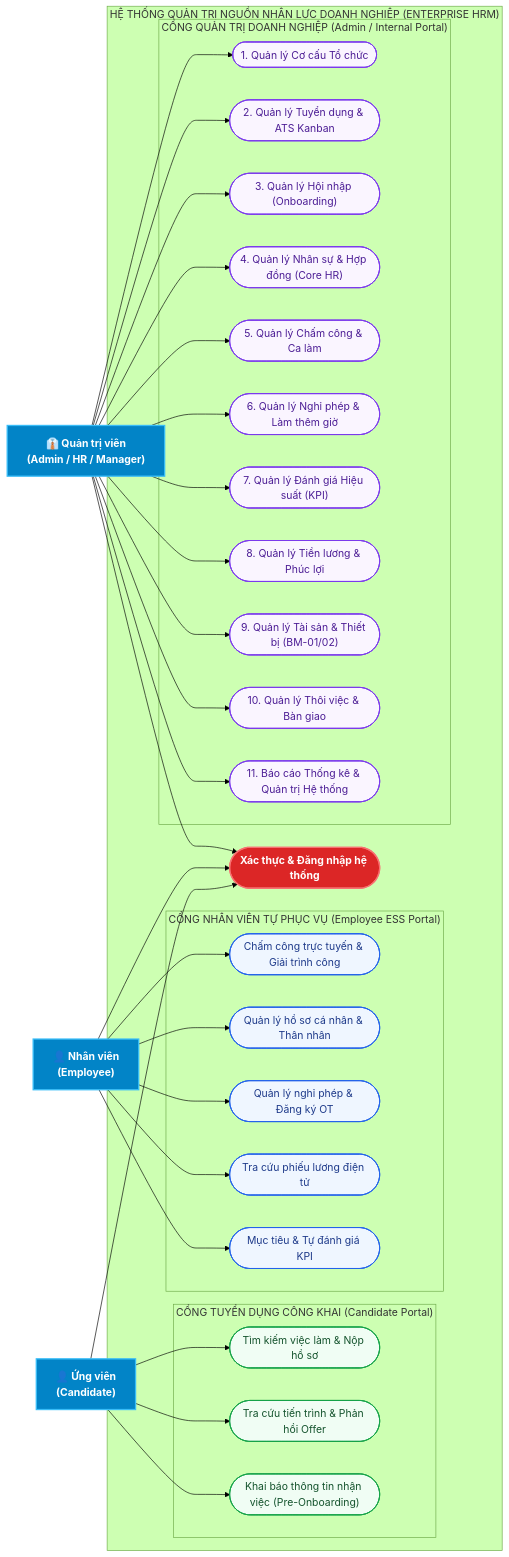
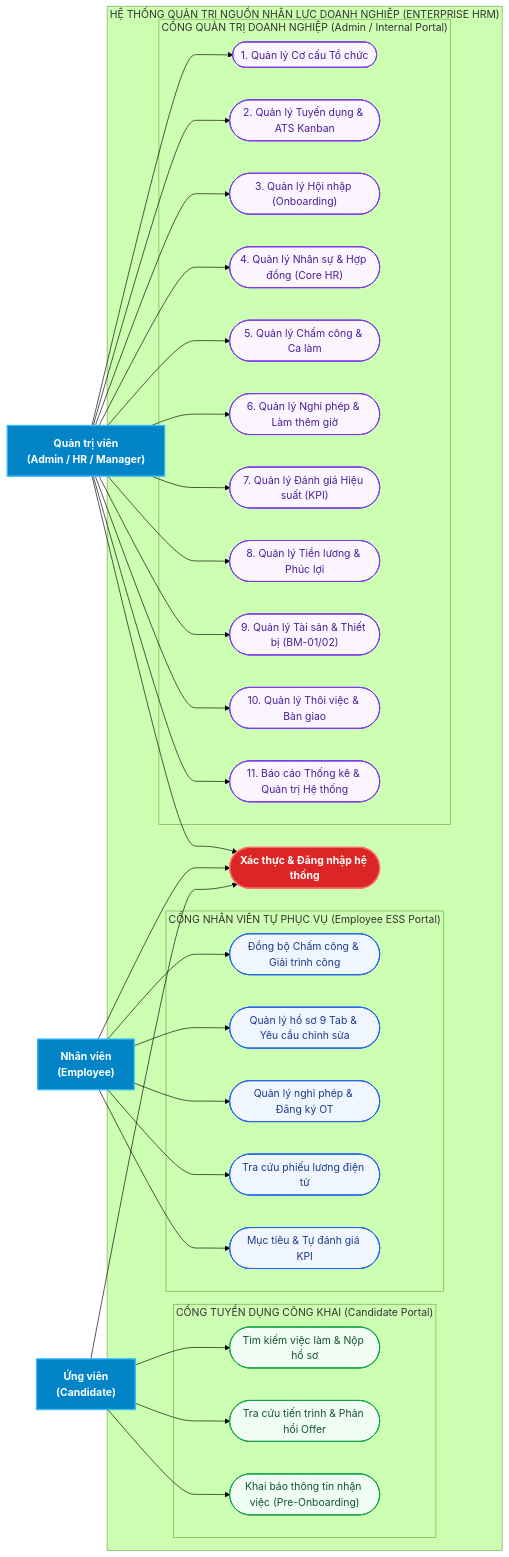
One commit to aye2710/HRM-DATN changed the first of 46 diagrams in docs/Các biểu đồ/So_Do_Use_Case_Tong_Quat_HRM.md. Above: the diagram before and after it, drawn with Mermaid (forest theme). The commit also changed other lines of this file and 69 other files, not shown here.

First line of the commit message:
feat(ess,auth,docs): isolate portal auth, upgrade employee portal UI & sync diagrams

````diff
--- a/docs/Các biểu đồ/So_Do_Use_Case_Tong_Quat_HRM.md
+++ b/docs/Các biểu đồ/So_Do_Use_Case_Tong_Quat_HRM.md
@@ -26,76 +26,76 @@
 ```mermaid
 flowchart LR
-    CAND["👤 Ứng viên\n(Candidate)"]
-    EMP["👤 Nhân viên\n(Employee)"]
-    ADMIN["👔 Quản trị viên\n(Admin / HR / Manager)"]
+    CAND["Ứng viên\n(Candidate)"]
+    EMP["Nhân viên\n(Employee)"]
+    ADMIN["Quản trị viên\n(Admin / HR / Manager)"]
 
     subgraph HRM_SYSTEM ["HỆ THỐNG QUẢN TRỊ NGUỒN NHÂN LỰC DOANH NGHIỆP (ENTERPRISE HRM)"]
         
         subgraph PORTAL_CAND ["CỔNG TUYỂN DỤNG CÔNG KHAI (Candidate Portal)"]
             UC_C1(["Tìm kiếm việc làm & Nộp hồ sơ"])
             UC_C2(["Tra cứu tiến trình & Phản hồi Offer"])
             UC_C3(["Khai báo thông tin nhận việc (Pre-Onboarding)"])
         end
 
         subgraph PORTAL_EMP ["CỔNG NHÂN VIÊN TỰ PHỤC VỤ (Employee ESS Portal)"]
-            UC_E1(["Chấm công trực tuyến & Giải trình công"])
-            UC_E2(["Quản lý hồ sơ cá nhân & Thân nhân"])
+            UC_E1(["Đồng bộ Chấm công & Giải trình công"])
+            UC_E2(["Quản lý hồ sơ 9 Tab & Yêu cầu chỉnh sửa"])
             UC_E3(["Quản lý nghỉ phép & Đăng ký OT"])
             UC_E4(["Tra cứu phiếu lương điện tử"])
             UC_E5(["Mục tiêu & Tự đánh giá KPI"])
         end
 
         subgraph PORTAL_ADMIN ["CỔNG QUẢN TRỊ DOANH NGHIỆP (Admin / Internal Portal)"]
             UC_M1(["1. Quản lý Cơ cấu Tổ chức"])
             UC_M2(["2. Quản lý Tuyển dụng & ATS Kanban"])
             UC_M3(["3. Quản lý Hội nhập (Onboarding)"])
             UC_M4(["4. Quản lý Nhân sự & Hợp đồng (Core HR)"])
             UC_M5(["5. Quản lý Chấm công & Ca làm"])
             UC_M6(["6. Quản lý Nghỉ phép & Làm thêm giờ"])
             UC_M7(["7. Quản lý Đánh giá Hiệu suất (KPI)"])
             UC_M8(["8. Quản lý Tiền lương & Phúc lợi"])
             UC_M9(["9. Quản lý Tài sản & Thiết bị (BM-01/02)"])
             UC_M10(["10. Quản lý Thôi việc & Bàn giao"])
             UC_M11(["11. Báo cáo Thống kê & Quản trị Hệ thống"])
         end
 
         UC_AUTH(["Xác thực & Đăng nhập hệ thống"])
     end
 
     CAND --> UC_AUTH
     CAND --> UC_C1
     CAND --> UC_C2
     CAND --> UC_C3
 
     EMP --> UC_AUTH
     EMP --> UC_E1
     EMP --> UC_E2
     EMP --> UC_E3
     EMP --> UC_E4
     EMP --> UC_E5
 
     ADMIN --> UC_AUTH
     ADMIN --> UC_M1
     ADMIN --> UC_M2
     ADMIN --> UC_M3
     ADMIN --> UC_M4
     ADMIN --> UC_M5
     ADMIN --> UC_M6
     ADMIN --> UC_M7
     ADMIN --> UC_M8
     ADMIN --> UC_M9
     ADMIN --> UC_M10
     ADMIN --> UC_M11
 
     classDef actor fill:#0284c7,stroke:#38bdf8,stroke-width:2px,color:#ffffff,font-weight:bold;
     classDef auth fill:#dc2626,stroke:#f87171,stroke-width:2px,color:#ffffff,font-weight:bold;
     classDef ucCand fill:#f0fdf4,stroke:#16a34a,stroke-width:1.5px,color:#14532d;
     classDef ucEmp fill:#eff6ff,stroke:#2563eb,stroke-width:1.5px,color:#1e3a8a;
     classDef ucAdmin fill:#faf5ff,stroke:#7c3aed,stroke-width:1.5px,color:#4c1d95;
 
     class CAND,EMP,ADMIN actor;
     class UC_AUTH auth;
     class UC_C1,UC_C2,UC_C3 ucCand;
     class UC_E1,UC_E2,UC_E3,UC_E4,UC_E5 ucEmp;
     class UC_M1,UC_M2,UC_M3,UC_M4,UC_M5,UC_M6,UC_M7,UC_M8,UC_M9,UC_M10,UC_M11 ucAdmin;
 ```
````
